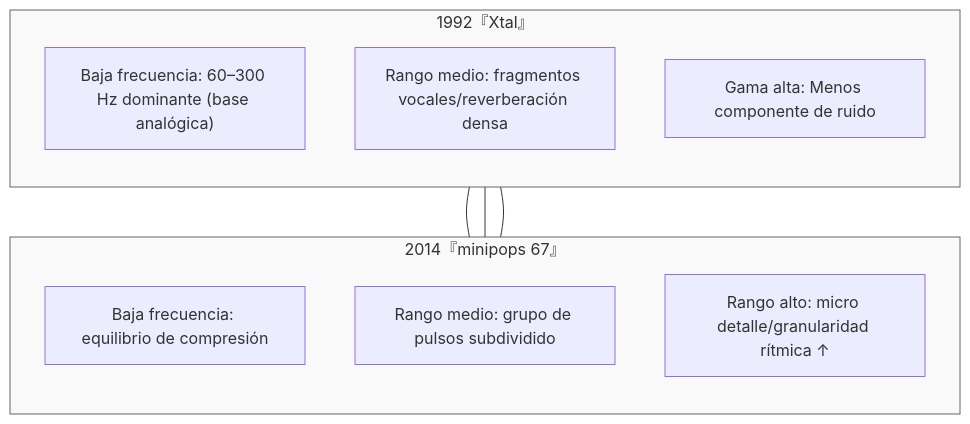
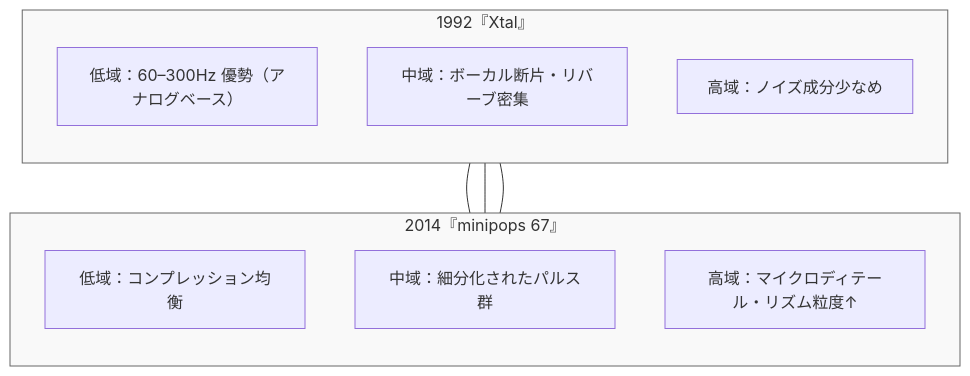
Before and after one commit to monumental-movement/monumental-movement.github.io: the fifth of 7 diagrams in es/_posts/2025-10-24-column-aphex_twin_evolution.md, drawn with Mermaid. The commit also changed other lines of this file and 299 other files, not shown here.

```diff
--- a/es/_posts/2025-10-24-column-aphex_twin_evolution.md
+++ b/es/_posts/2025-10-24-column-aphex_twin_evolution.md
@@ -349,25 +349,25 @@
 <div class="mermaid">
 
 flowchart TB
     subgraph LEFT["1992『Xtal』"]
         direction TB
-        L1["Baja frecuencia: 60–300 Hz dominante (base analógica)"]
-        L2["Rango medio: fragmentos vocales/reverberación densa"]
-        L3["Gama alta: Menos componente de ruido"]
+        L1["低域：60–300Hz 優勢（アナログベース）"]
+        L2["中域：ボーカル断片・リバーブ密集"]
+        L3["高域：ノイズ成分少なめ"]
     end
 
     subgraph RIGHT["2014『minipops 67』"]
         direction TB
-        R1["Baja frecuencia: equilibrio de compresión"]
-        R2["Rango medio: grupo de pulsos subdividido"]
-        R3["Rango alto: micro detalle/granularidad rítmica ↑"]
+        R1["低域：コンプレッション均衡"]
+        R2["中域：細分化されたパルス群"]
+        R3["高域：マイクロディテール・リズム粒度↑"]
     end
 
     L1 --- R1
     L2 --- R2
     L3 --- R3
 
     style LEFT fill:#f9f9f9,stroke:#666,stroke-width:1px
     style RIGHT fill:#f9f9f9,stroke:#666,stroke-width:1px
 
 </div>
```
